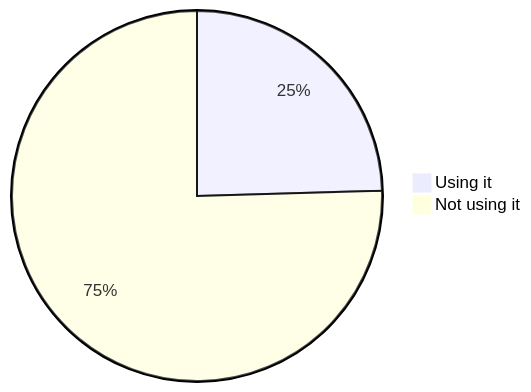
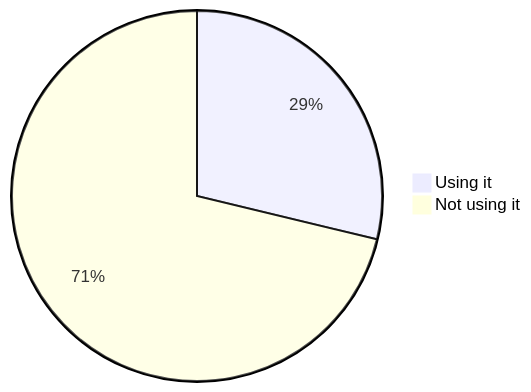
Diagram 15 of 22 in stats.md (oshp/oshp-stats), drawn with Mermaid before and after one commit. The commit also changed other lines of this file, not shown here.

````diff
--- a/stats.md
+++ b/stats.md
@@ -178,6 +178,6 @@
 ```mermaid
 pie
-	"Using it" : 24.54
-	"Not using it" : 75.46
+	"Using it" : 28.76
+	"Not using it" : 71.24
 
 ```
````
